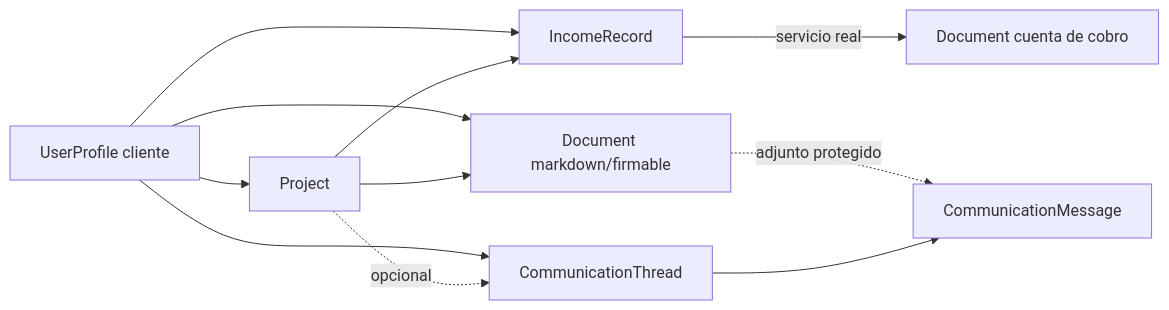
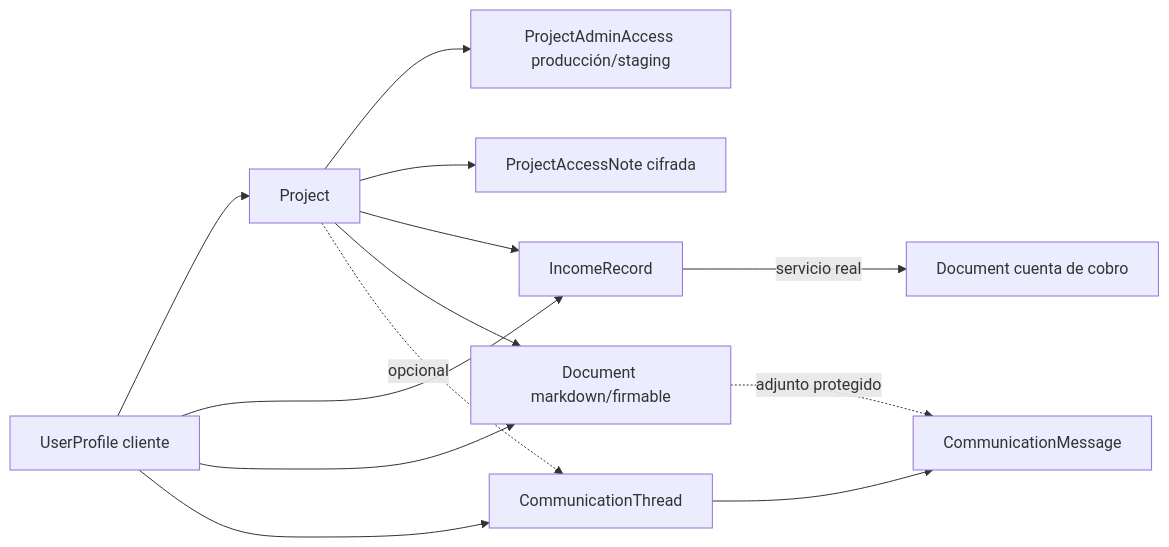
Before and after one commit to gustavop-dev/projectapp: the diagram in docs/FAKE_DATA_COVERAGE.md, drawn with Mermaid. The commit also changed other lines of this file and 64 other files, not shown here.

First line of the commit message:
feat: add secure project access details (#383)

````diff
--- a/docs/FAKE_DATA_COVERAGE.md
+++ b/docs/FAKE_DATA_COVERAGE.md
@@ -99,13 +104,15 @@
 ```mermaid
 flowchart LR
     Client[UserProfile cliente] --> Project[Project]
+    Project --> Access[ProjectAdminAccess producción/staging]
+    Project --> AccessNote[ProjectAccessNote cifrada]
     Client --> Income[IncomeRecord]
     Project --> Income
     Income -->|servicio real| Account[Document cuenta de cobro]
     Client --> Document[Document markdown/firmable]
     Project --> Document
     Client --> Thread[CommunicationThread]
     Project -. opcional .-> Thread
     Document -. adjunto protegido .-> Message[CommunicationMessage]
     Thread --> Message
 ```
````
